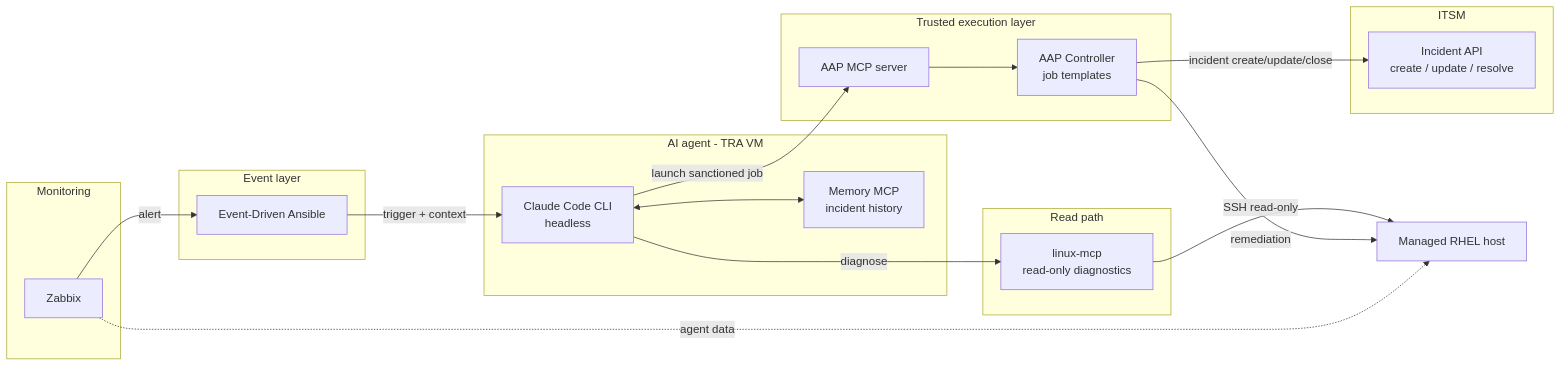
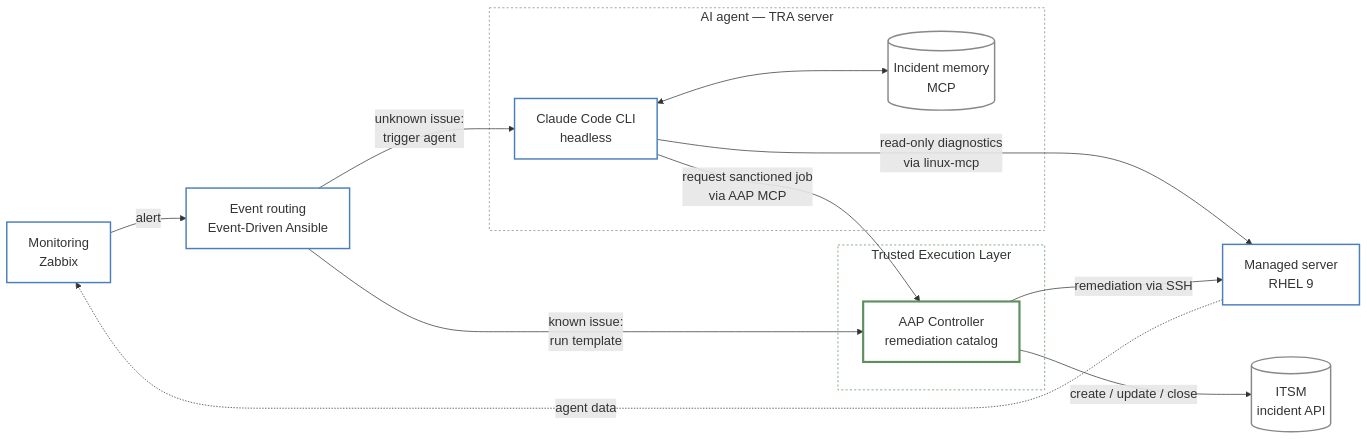
The second of 2 diagrams in project-description.md (kvegh/aiops-selfhealing-demo), drawn with Mermaid before and after one commit. The commit also changed other lines of this file, not shown here.

````diff
--- a/project-description.md
+++ b/project-description.md
@@ -26,35 +73,32 @@
 ```mermaid
+%%{init: {'themeVariables': {'fontSize': '18px'}, 'flowchart': {'nodeSpacing': 45, 'rankSpacing': 70}}}%%
 flowchart LR
-    subgraph Monitoring
-        ZBX[Zabbix]
+    ZBX[Monitoring<br>Zabbix] -->|alert| EDA[Event routing<br>Event-Driven Ansible]
+    EDA -->|known issue:<br>run template| AAP
+    EDA -->|unknown issue:<br>trigger agent| CC
+
+    subgraph TRA[AI agent — TRA server]
+        CC[Claude Code CLI<br>headless]
+        MEM[(Incident memory<br>MCP)]
+        CC <--> MEM
     end
-    subgraph Event layer
-        EDA[Event-Driven Ansible]
+
+    CC -->|read-only diagnostics<br>via linux-mcp| TGT[Managed server<br>RHEL 9]
+    CC -->|request sanctioned job<br>via AAP MCP| AAP
+
+    subgraph TEL[Trusted Execution Layer]
+        AAP[AAP Controller<br>remediation catalog]
     end
-    subgraph AI agent - TRA VM
-        CC[Claude Code CLI<br>headless]
-        MEM[Memory MCP<br>incident history]
-    end
-    subgraph Read path
-        LMCP[linux-mcp<br>read-only diagnostics]
-    end
-    subgraph Trusted execution layer
-        AAPMCP[AAP MCP server]
-        AAP[AAP Controller<br>job templates]
-    end
-    subgraph ITSM
-        INC[Incident API<br>create / update / resolve]
-    end
-    TGT[Managed RHEL host]
 
-    ZBX -->|alert| EDA
-    EDA -->|trigger + context| CC
-    CC <--> MEM
-    CC -->|diagnose| LMCP
-    LMCP -->|SSH read-only| TGT
-    CC -->|launch sanctioned job| AAPMCP
-    AAPMCP --> AAP
-    AAP -->|remediation| TGT
-    AAP -->|incident create/update/close| INC
-    ZBX -.->|agent data| TGT
+    AAP -->|remediation via SSH| TGT
+    AAP -->|create / update / close| ITSM[(ITSM<br>incident API)]
+    TGT -.->|agent data| ZBX
+
+    classDef default fill:none,stroke:#4a7ebb,stroke-width:2px;
+    classDef tel fill:none,stroke:#5f8f5f,stroke-width:3px;
+    classDef store fill:none,stroke:#888888,stroke-width:2px;
+    class AAP tel;
+    class MEM,ITSM store;
+    style TRA fill:none,stroke:#888888,stroke-width:1px,stroke-dasharray:3 3;
+    style TEL fill:none,stroke:#5f8f5f,stroke-width:1px,stroke-dasharray:3 3;
 ```
````
